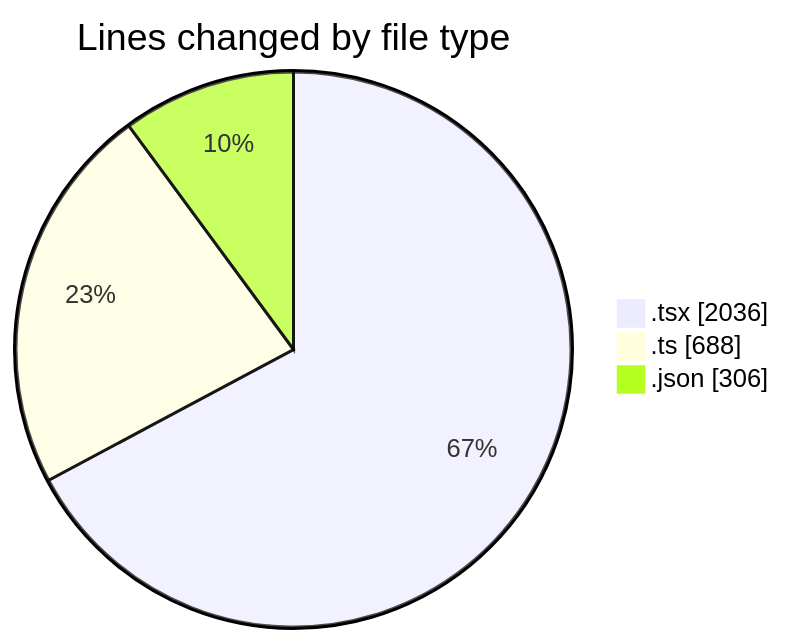
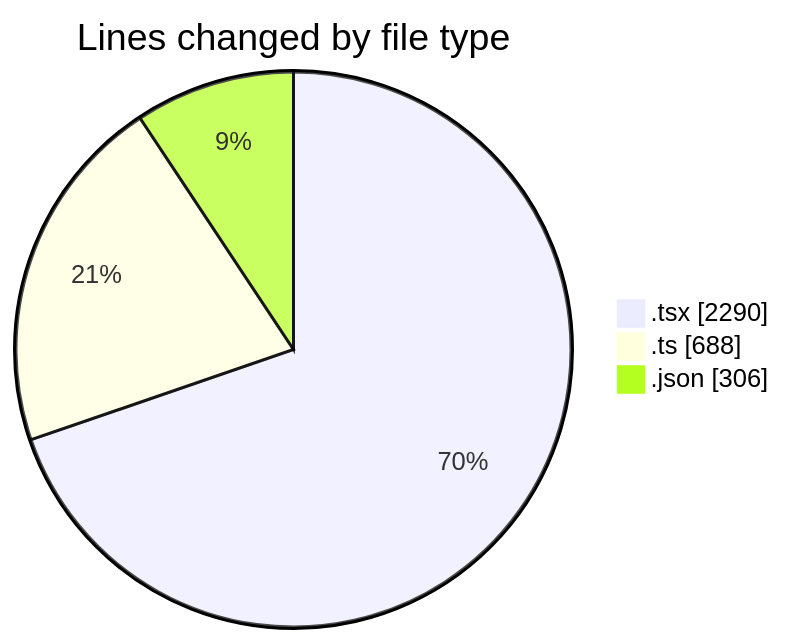
The first of 2 diagrams in 2025-11-22/eventscop-frontend-guide__workspace_/README.md (julien-gomy/code-tracking), drawn with Mermaid before and after one commit. The commit also changed other lines of this file and 1 other file, not shown here.

````diff
--- a/2025-11-22/eventscop-frontend-guide__workspace_/README.md
+++ b/2025-11-22/eventscop-frontend-guide__workspace_/README.md
@@ -44,7 +45,7 @@
 ```mermaid
 pie showData
 title Lines changed by file type
-".tsx" : 2036
+".tsx" : 2290
 ".ts" : 688
 ".json" : 306
 ```
````
